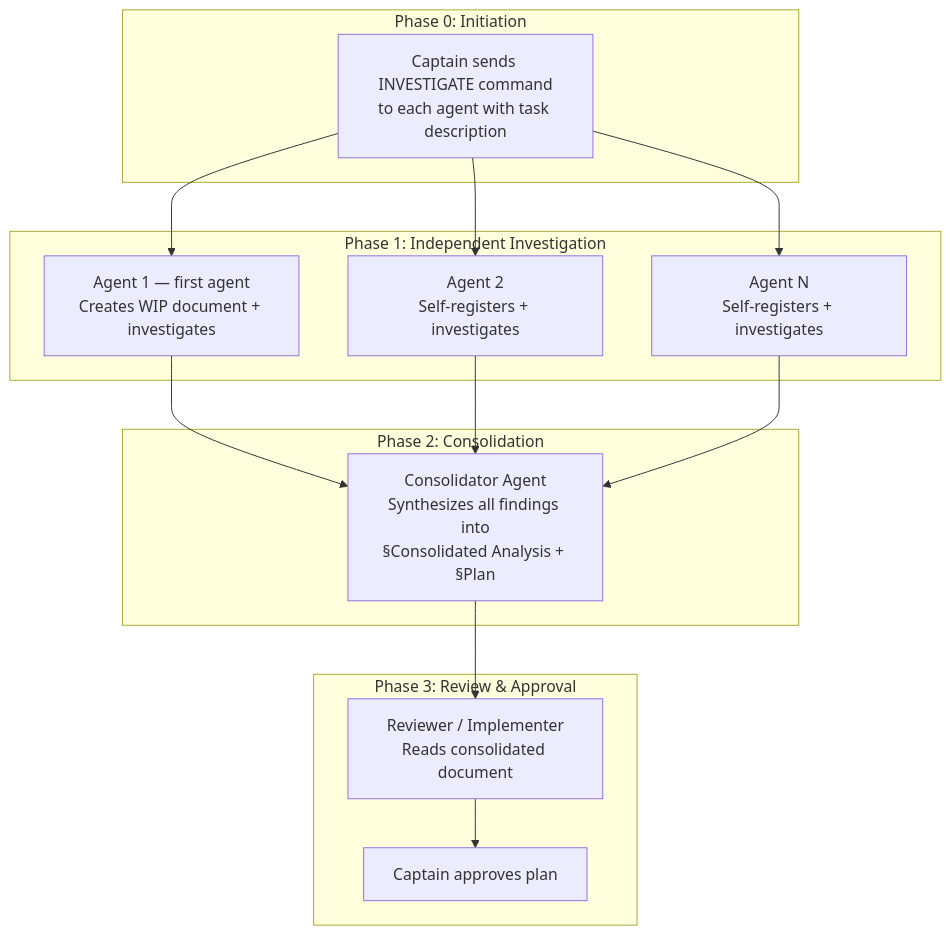
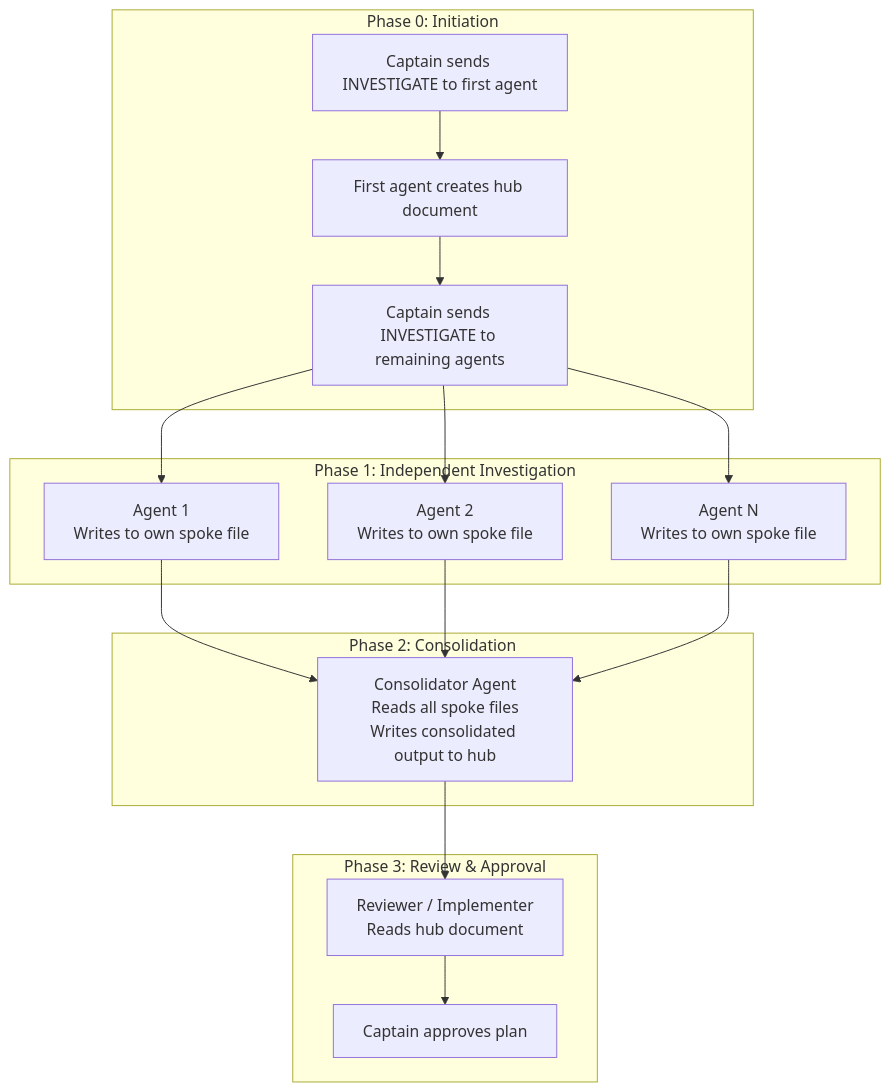
Before and after one commit to robertschaub/FactHarbor: the second of 2 diagrams in Docs/AGENTS/Multi_Agent_Collaboration_Rules.md, drawn with Mermaid. The commit also changed other lines of this file, not shown here.

First line of the commit message:
docs(agents): implement hub-and-spoke concurrency model for §3.4 investigations

````diff
--- a/Docs/AGENTS/Multi_Agent_Collaboration_Rules.md
+++ b/Docs/AGENTS/Multi_Agent_Collaboration_Rules.md
@@ -543,23 +547,25 @@
 ```mermaid
 flowchart TB
     subgraph Init["Phase 0: Initiation"]
-        C1[Captain sends INVESTIGATE command<br/>to each agent with task description]
+        C1[Captain sends INVESTIGATE to first agent]
+        C2[First agent creates hub document]
+        C3[Captain sends INVESTIGATE to remaining agents]
     end
 
     subgraph Investigate["Phase 1: Independent Investigation"]
-        A1[Agent 1 — first agent<br/>Creates WIP document + investigates]
-        A2[Agent 2<br/>Self-registers + investigates]
-        AN[Agent N<br/>Self-registers + investigates]
+        A1[Agent 1<br/>Writes to own spoke file]
+        A2[Agent 2<br/>Writes to own spoke file]
+        AN[Agent N<br/>Writes to own spoke file]
     end
 
     subgraph Consolidate["Phase 2: Consolidation"]
-        CON[Consolidator Agent<br/>Synthesizes all findings into<br/>§Consolidated Analysis + §Plan]
+        CON[Consolidator Agent<br/>Reads all spoke files<br/>Writes consolidated output to hub]
     end
 
     subgraph Review["Phase 3: Review & Approval"]
-        REV[Reviewer / Implementer<br/>Reads consolidated document]
+        REV[Reviewer / Implementer<br/>Reads hub document]
         CAP[Captain approves plan]
     end
 
-    C1 --> A1 & A2 & AN --> CON --> REV --> CAP
+    C1 --> C2 --> C3 --> A1 & A2 & AN --> CON --> REV --> CAP
 ```
````
